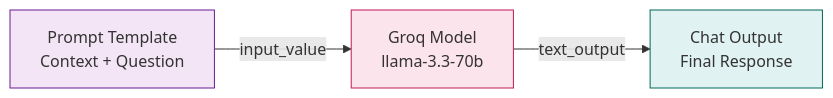
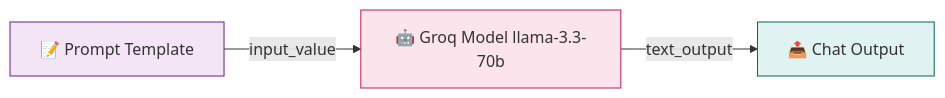
The third of 5 diagrams in README.md (roshrv27/first_RAG), drawn with Mermaid before and after one commit. The commit also changed other lines of this file, not shown here.

````diff
--- a/README.md
+++ b/README.md
@@ -102,9 +103,9 @@
 ```mermaid
 flowchart LR
-    A[Prompt Template<br/>Context + Question] -->|input_value| B[Groq Model<br/>llama-3.3-70b]
-    B -->|text_output| C[Chat Output<br/>Final Response]
+    A["📝 Prompt Template"] -->|"input_value"| B["🤖 Groq Model llama-3.3-70b"]
+    B -->|"text_output"| C["📤 Chat Output"]
     
     style A fill:#f3e5f5,stroke:#6a1b9a
     style B fill:#fce4ec,stroke:#c2185b
     style C fill:#e0f2f1,stroke:#00695c
 ```
````
